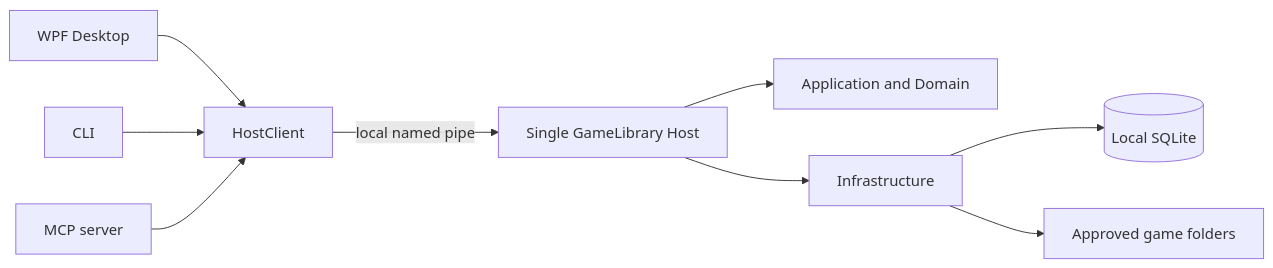
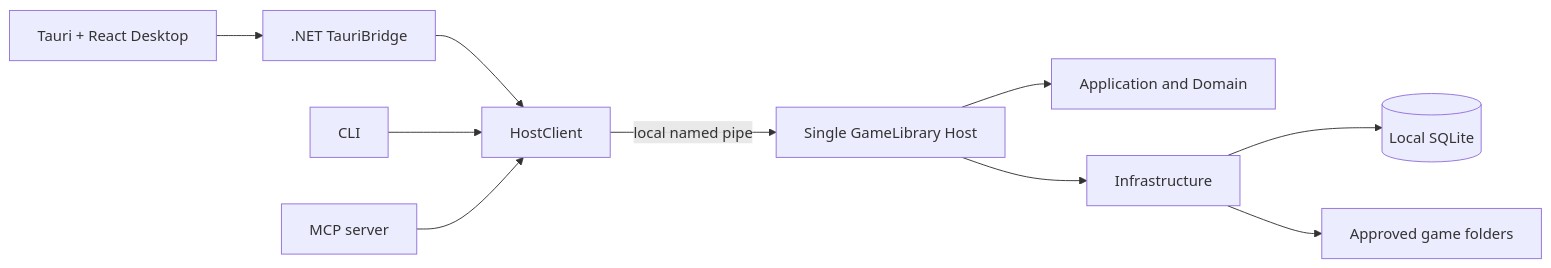
The diagram in README.md (sumingwang233/GameLibrary), drawn with Mermaid before and after one commit. The commit also changed other lines of this file and 80 other files, not shown here.

Commit message:
引入 v1.1.5 Tauri React 桌面端

````diff
--- a/README.md
+++ b/README.md
@@ -88,11 +88,12 @@
 ```mermaid
 flowchart LR
-    Desktop[WPF Desktop] --> Client[HostClient]
+    Desktop[Tauri + React Desktop] --> Bridge[.NET TauriBridge]
+    Bridge --> Client[HostClient]
     CLI[CLI] --> Client
     MCP[MCP server] --> Client
     Client -->|local named pipe| Host[Single GameLibrary Host]
     Host --> Domain[Application and Domain]
     Host --> Infra[Infrastructure]
     Infra --> DB[(Local SQLite)]
     Infra --> FS[Approved game folders]
 ```
````
